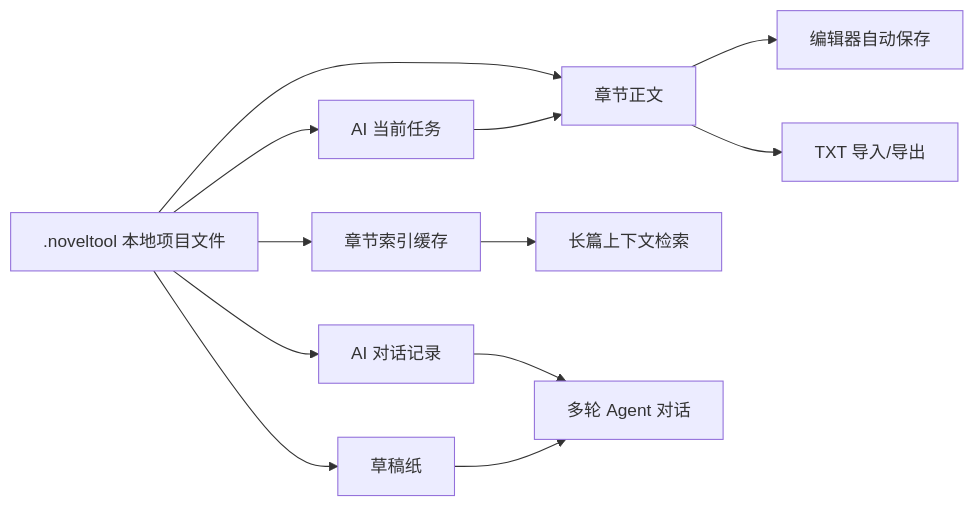
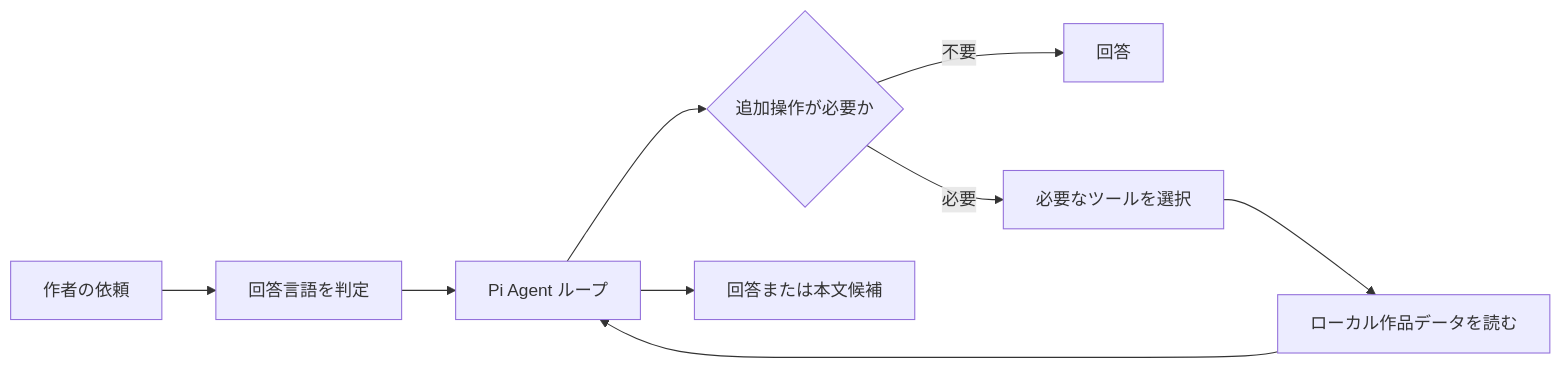
One commit to ver033/novel_tool changed the first of 2 diagrams in README.md. Above: the diagram before and after it, drawn with Mermaid. The commit also changed other lines of this file and 147 other files, not shown here.

````diff
--- a/README.md
+++ b/README.md
@@ -64,15 +68,11 @@
 ```mermaid
 flowchart LR
-  A[".noveltool 本地项目文件"] --> B["章节正文"]
-  A --> C["草稿纸"]
-  A --> D["AI 对话记录"]
-  A --> E["AI 当前任务"]
-  A --> F["章节索引缓存"]
-
-  B --> G["编辑器自动保存"]
-  B --> H["TXT 导入/导出"]
-  F --> I["长篇上下文检索"]
-  D --> J["多轮 Agent 对话"]
-  C --> J
-  E --> B
+  U["作者の依頼"] --> L["回答言語を判定"]
+  L --> A["Pi Agent ループ"]
+  A --> D{"追加操作が必要か"}
+  D -->|"不要"| R["回答"]
+  D -->|"必要"| T["必要なツールを選択"]
+  T --> P["ローカル作品データを読む"]
+  P --> A
+  A --> C["回答または本文候補"]
 ```
````
